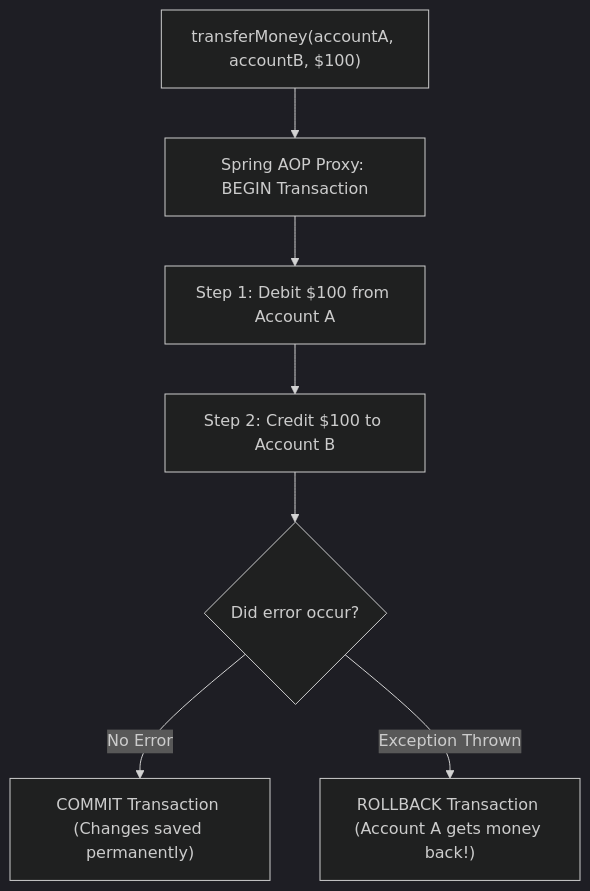
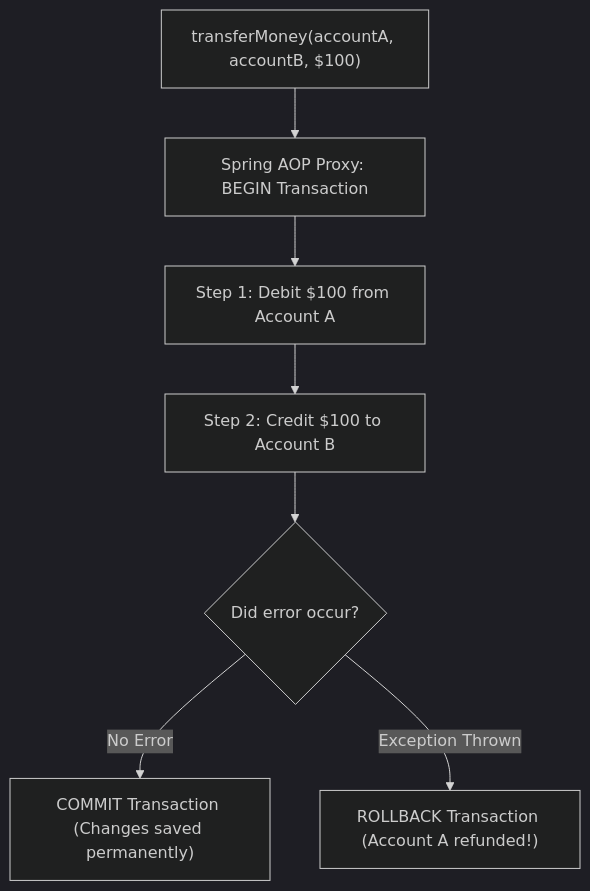
Before and after one commit to rohithgowda18/Notes: diagram 11 of 23 in 06-Java-and-Spring-Boot/Spring Boot Interview Guide.md, drawn with Mermaid (dark theme). The commit also changed other lines of this file, not shown here.

````diff
--- a/06-Java-and-Spring-Boot/Spring Boot Interview Guide.md
+++ b/06-Java-and-Spring-Boot/Spring Boot Interview Guide.md
@@ -662,9 +747,9 @@
 ```mermaid
 flowchart TD
     Call["transferMoney(accountA, accountB, $100)"] --> Start["Spring AOP Proxy: BEGIN Transaction"]
     Start --> Op1["Step 1: Debit $100 from Account A"]
     Op1 --> Op2["Step 2: Credit $100 to Account B"]
     Op2 --> Check{"Did error occur?"}
     Check -->|"No Error"| Commit["COMMIT Transaction (Changes saved permanently)"]
-    Check -->|"Exception Thrown"| Rollback["ROLLBACK Transaction (Account A gets money back!)"]
+    Check -->|"Exception Thrown"| Rollback["ROLLBACK Transaction (Account A refunded!)"]
 ```
````
